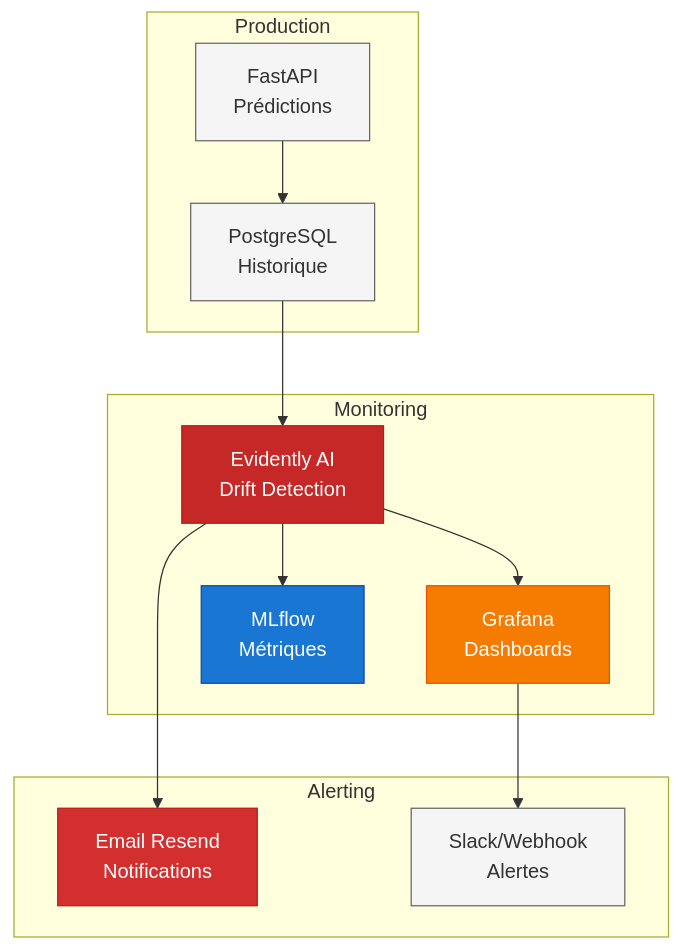
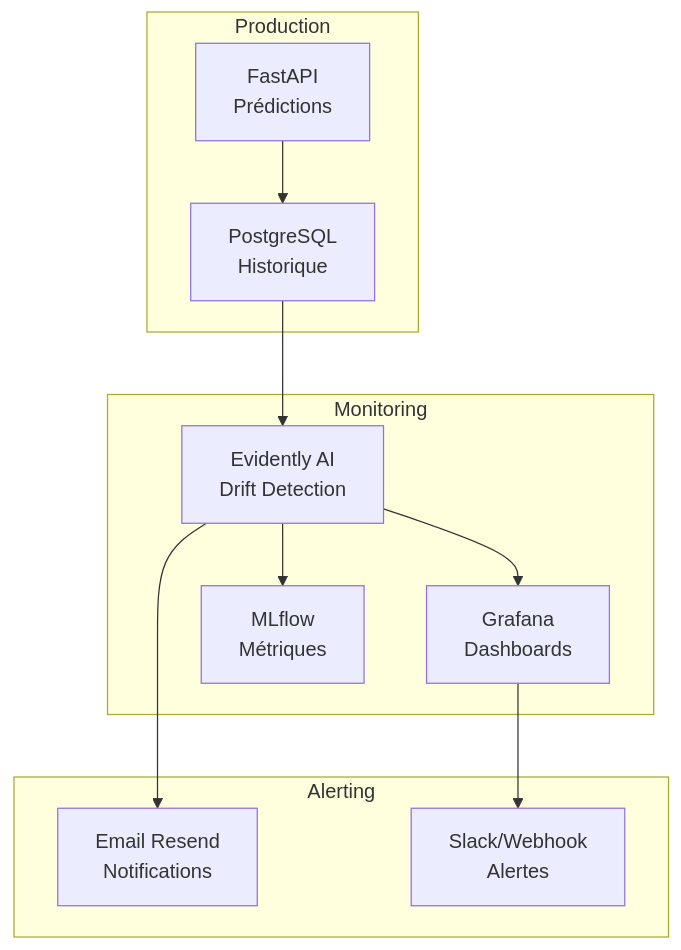
Before and after one commit to jinsudai/jinsudai: diagram 12 of 21 in docs/ARCHITECTURE_MLOPS.md, drawn with Mermaid. The commit also changed other lines of this file, not shown here.

````diff
--- a/docs/ARCHITECTURE_MLOPS.md
+++ b/docs/ARCHITECTURE_MLOPS.md
@@ -479,37 +390,27 @@
 ```mermaid
 graph TB
-    classDef production fill:#1976D2,stroke:#0D47A1,color:#fff
-    classDef monitoring fill:#C62828,stroke:#B71C1C,color:#fff
-    classDef grafana fill:#F57C00,stroke:#E65100,color:#fff
-    classDef mlflow fill:#1976D2,stroke:#0D47A1,color:#fff
-    classDef alerting fill:#D32F2F,stroke:#B71C1C,color:#fff
-    classDef default fill:#f5f5f5,stroke:#666,color:#333
 
     subgraph "Production"
         A[FastAPI<br/>Prédictions]
         B[PostgreSQL<br/>Historique]
     end
 
     subgraph "Monitoring"
         C[Evidently AI<br/>Drift Detection]
         D[Grafana<br/>Dashboards]
         E[MLflow<br/>Métriques]
     end
 
     subgraph "Alerting"
         F[Email Resend<br/>Notifications]
         G[Slack/Webhook<br/>Alertes]
     end
 
     A --> B
     B --> C
     C --> D
     C --> E
     C --> F
     D --> G
 
-    class C monitoring
-    class D grafana
-    class E mlflow
-    class F alerting
 ```
````
